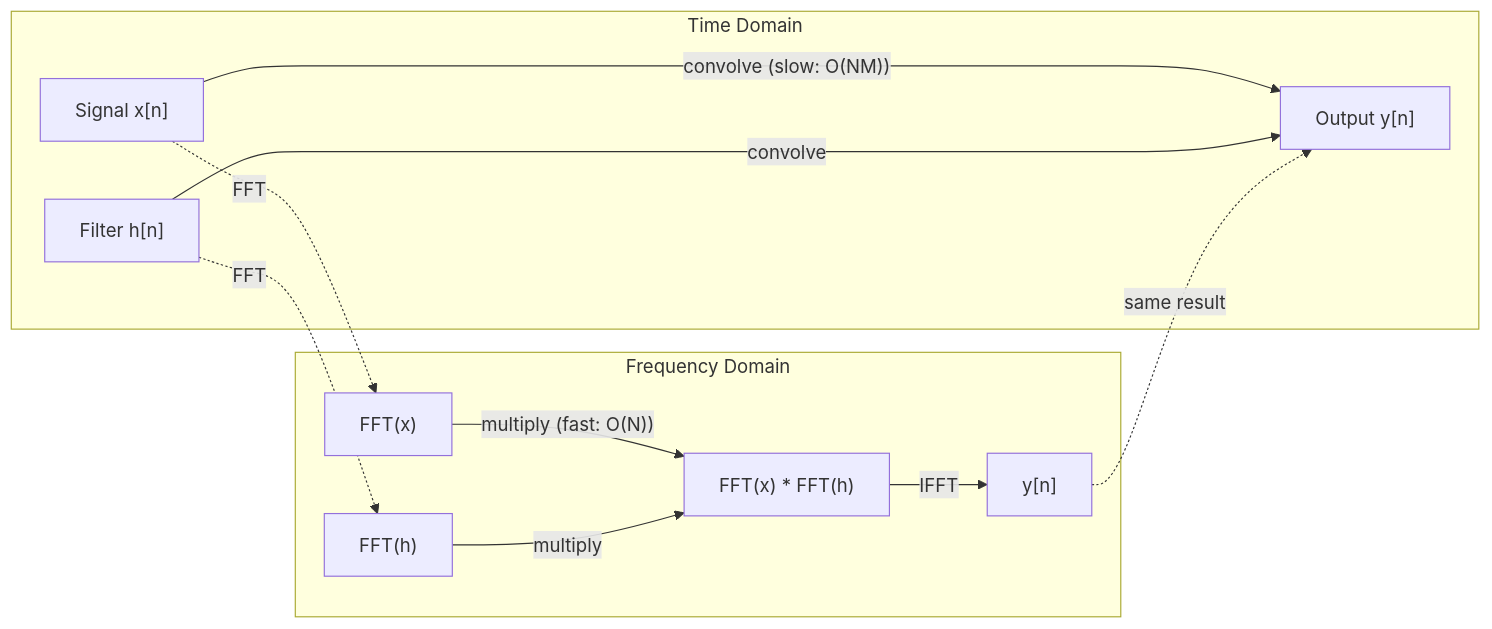
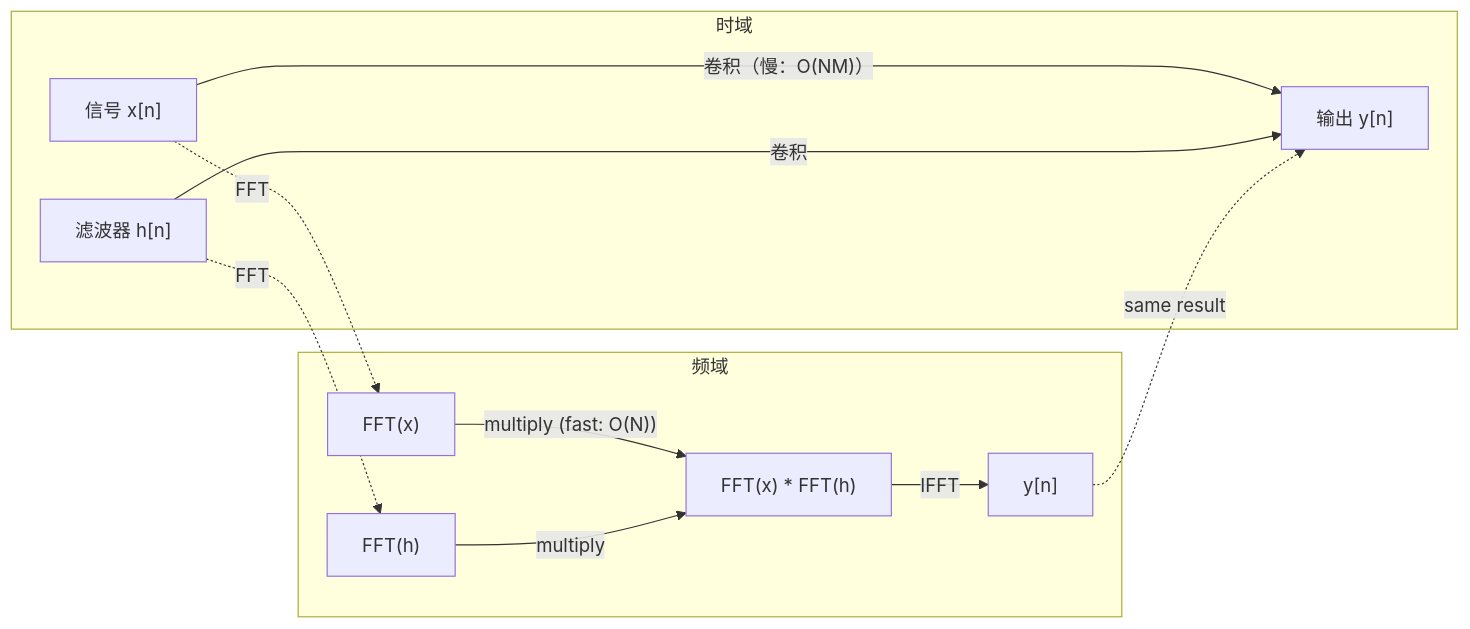
The second of 2 diagrams in phases/01-math-foundations/20-fourier-transform/docs/zh.md (omigaZen/ai-engineering-from-scratch), drawn with Mermaid before and after one commit.

Commit message:
feat(phase-01/20): polish fourier diagrams

````diff
--- a/phases/01-math-foundations/20-fourier-transform/docs/zh.md
+++ b/phases/01-math-foundations/20-fourier-transform/docs/zh.md
@@ -155,15 +155,15 @@
 ```mermaid
 graph LR
-    subgraph "Time Domain"
-        TA["Signal x[n]"] -->|"convolve (slow: O(NM))"| TC["Output y[n]"]
-        TB["Filter h[n]"] -->|"convolve"| TC
+    subgraph "时域"
+        TA["信号 x[n]"] -->|"卷积（慢：O(NM)）"| TC["输出 y[n]"]
+        TB["滤波器 h[n]"] -->|"卷积"| TC
     end
-    subgraph "Frequency Domain"
+    subgraph "频域"
         FA["FFT(x)"] -->|"multiply (fast: O(N))"| FC["FFT(x) * FFT(h)"]
         FB["FFT(h)"] -->|"multiply"| FC
         FC -->|"IFFT"| FD["y[n]"]
     end
     TA -.->|"FFT"| FA
     TB -.->|"FFT"| FB
     FD -.->|"same result"| TC
 ```
````
